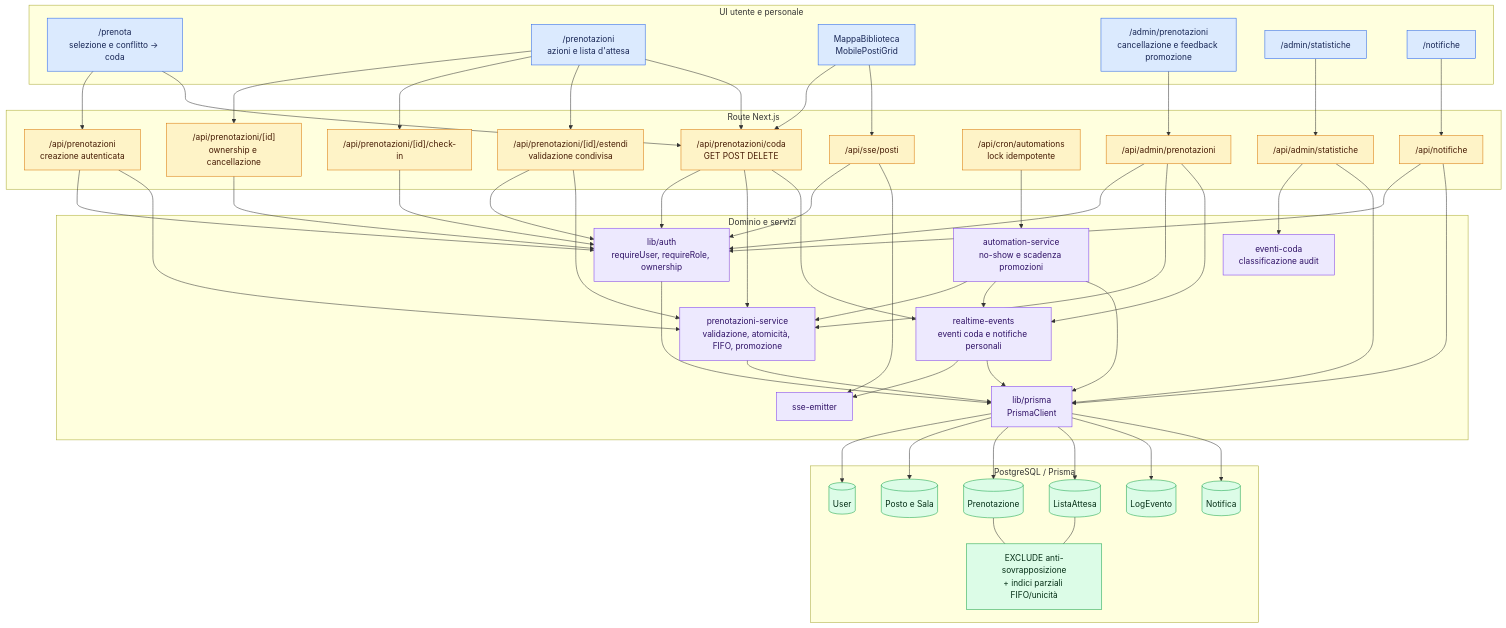
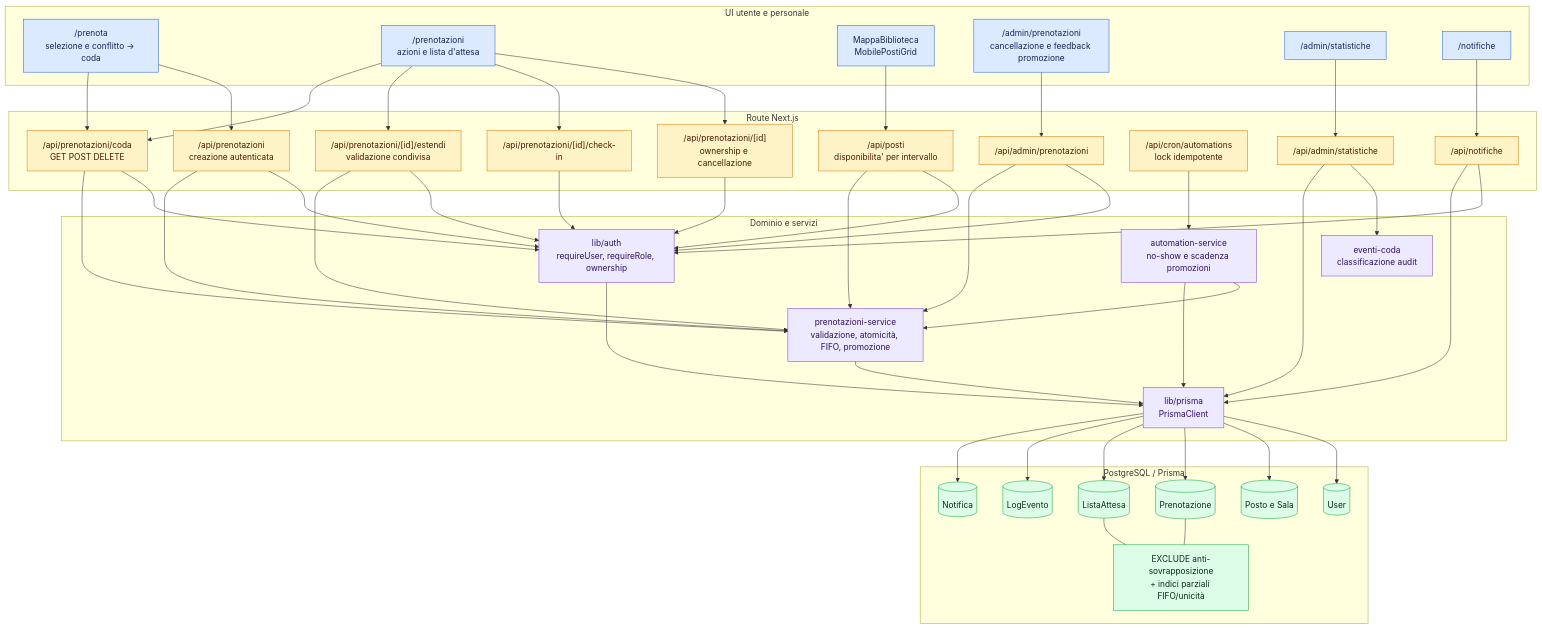
The diagram in docs/diagrammi/prenotazione-componenti-to-be.md (mariocelzo/biblioflow-app), drawn with Mermaid before and after one commit. The commit also changed other lines of this file and 64 other files, not shown here.

````diff
--- a/docs/diagrammi/prenotazione-componenti-to-be.md
+++ b/docs/diagrammi/prenotazione-componenti-to-be.md
@@ -26,6 +27,7 @@
 
     subgraph API["Route Next.js"]
         PREN_API["/api/prenotazioni<br/>creazione autenticata"]
+        POSTI_API["/api/posti<br/>disponibilita' per intervallo"]
         ITEM_API["/api/prenotazioni/[id]<br/>ownership e cancellazione"]
         EXT_API["/api/prenotazioni/[id]/estendi<br/>validazione condivisa"]
         CHECK_API["/api/prenotazioni/[id]/check-in"]
@@ -33,7 +35,6 @@
         ADMIN_API["/api/admin/prenotazioni"]
         CRON_API["/api/cron/automations<br/>lock idempotente"]
         NOTIF_API["/api/notifiche"]
-        SSE_API["/api/sse/posti"]
         STATS_API["/api/admin/statistiche"]
     end
 
@@ -41,9 +42,7 @@
         AUTH["lib/auth<br/>requireUser, requireRole, ownership"]
         SERVICE["prenotazioni-service<br/>validazione, atomicità, FIFO, promozione"]
         AUTO["automation-service<br/>no-show e scadenza promozioni"]
-        EVENTS["realtime-events<br/>eventi coda e notifiche personali"]
         EVENT_TYPES["eventi-coda<br/>classificazione audit"]
-        SSE["sse-emitter"]
         PRISMA["lib/prisma<br/>PrismaClient"]
     end
 
@@ -63,33 +62,28 @@
     LIST --> CHECK_API
     LIST --> EXT_API
     LIST --> CODA_API
-    MAP --> CODA_API
-    MAP --> SSE_API
+    MAP --> POSTI_API
     ADMIN --> ADMIN_API
     STATS --> STATS_API
     NOTIF_UI --> NOTIF_API
 
     PREN_API --> AUTH
+    POSTI_API --> AUTH
     ITEM_API --> AUTH
     EXT_API --> AUTH
     CHECK_API --> AUTH
     CODA_API --> AUTH
     ADMIN_API --> AUTH
     NOTIF_API --> AUTH
-    SSE_API --> AUTH
 
     PREN_API --> SERVICE
+    POSTI_API --> SERVICE
     EXT_API --> SERVICE
     CODA_API --> SERVICE
     ADMIN_API --> SERVICE
     CRON_API --> AUTO
     AUTO --> SERVICE
 
-    CODA_API --> EVENTS
-    ADMIN_API --> EVENTS
-    AUTO --> EVENTS
-    EVENTS --> SSE
-    SSE_API --> SSE
     STATS_API --> EVENT_TYPES
 
     AUTH --> PRISMA
@@ -97,7 +91,6 @@
     AUTO --> PRISMA
     NOTIF_API --> PRISMA
     STATS_API --> PRISMA
-    EVENTS --> PRISMA
 
     PRISMA --> USER
     PRISMA --> POSTO
@@ -113,7 +106,7 @@
     classDef domain fill:#ede9fe,stroke:#7c3aed,color:#2e1065
     classDef data fill:#dcfce7,stroke:#16a34a,color:#052e16
     class BOOK,LIST,MAP,ADMIN,STATS,NOTIF_UI ui
-    class PREN_API,ITEM_API,EXT_API,CHECK_API,CODA_API,ADMIN_API,CRON_API,NOTIF_API,SSE_API,STATS_API api
-    class AUTH,SERVICE,AUTO,EVENTS,EVENT_TYPES,SSE,PRISMA domain
+    class PREN_API,POSTI_API,ITEM_API,EXT_API,CHECK_API,CODA_API,ADMIN_API,CRON_API,NOTIF_API,STATS_API api
+    class AUTH,SERVICE,AUTO,EVENT_TYPES,PRISMA domain
     class USER,POSTO,PREN,CODA,LOG,NOTIF,CONSTRAINT data
 ```
````
